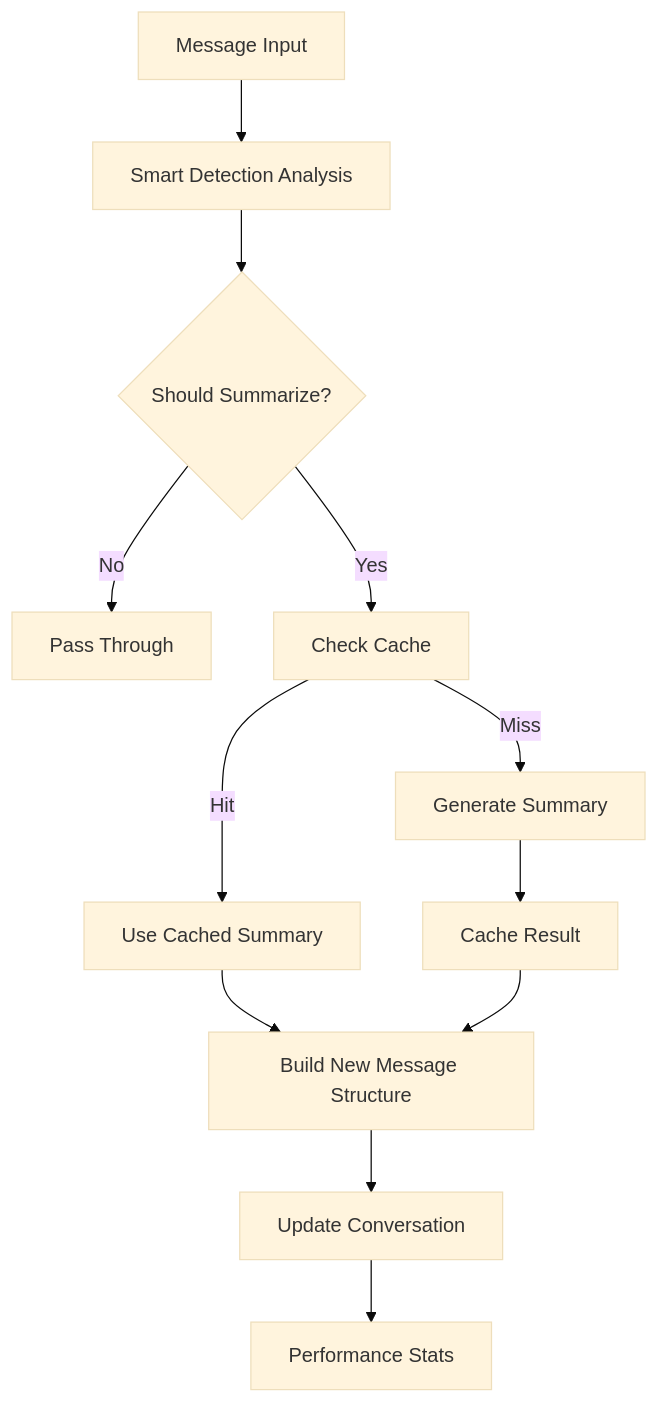
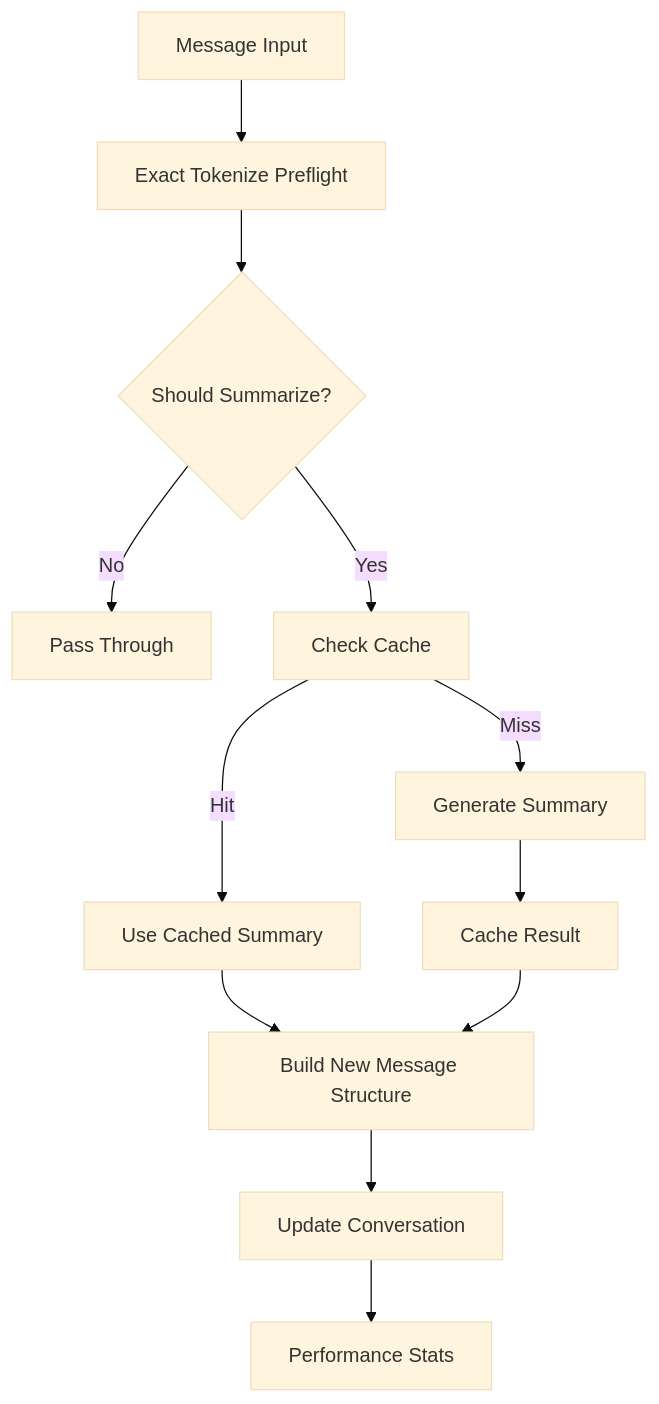
One commit to bitbound/owui_functions changed the diagram in functions/filters/summarizer/README.md. Above: the diagram before and after it, drawn with Mermaid (base theme). The commit also changed other lines of this file and 1 other file, not shown here.

Commit message:
Fix system message ordering.

````diff
--- a/functions/filters/summarizer/README.md
+++ b/functions/filters/summarizer/README.md
@@ -319,14 +321,14 @@
 ```mermaid
 graph TD
-    A[Message Input] --> B[Smart Detection Analysis]
+   A[Message Input] --> B[Exact Tokenize Preflight]
     B --> C{Should Summarize?}
     C -->|No| D[Pass Through]
     C -->|Yes| E[Check Cache]
     E -->|Hit| F[Use Cached Summary]
     E -->|Miss| G[Generate Summary]
     G --> H[Cache Result]
     F --> I[Build New Message Structure]
     H --> I
     I --> J[Update Conversation]
     J --> K[Performance Stats]
 ```
````
